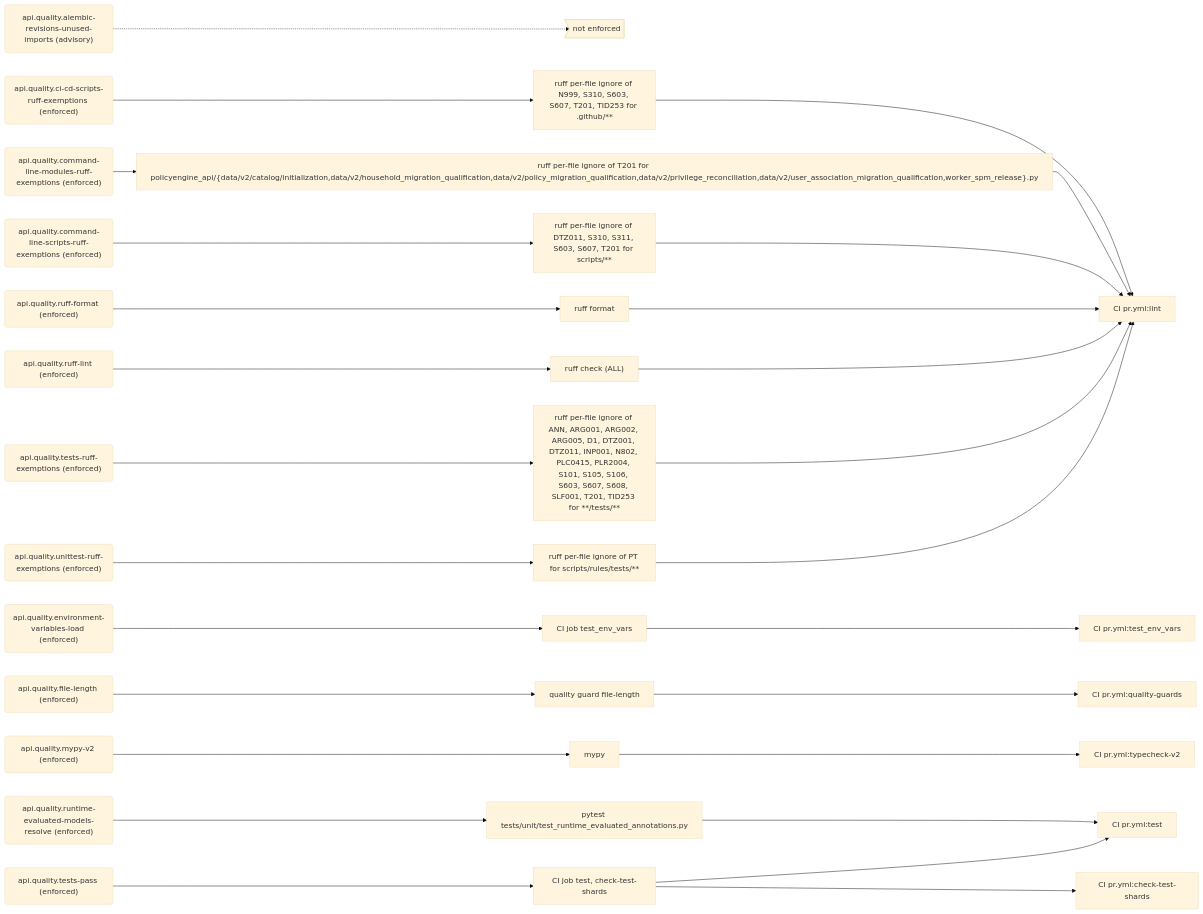
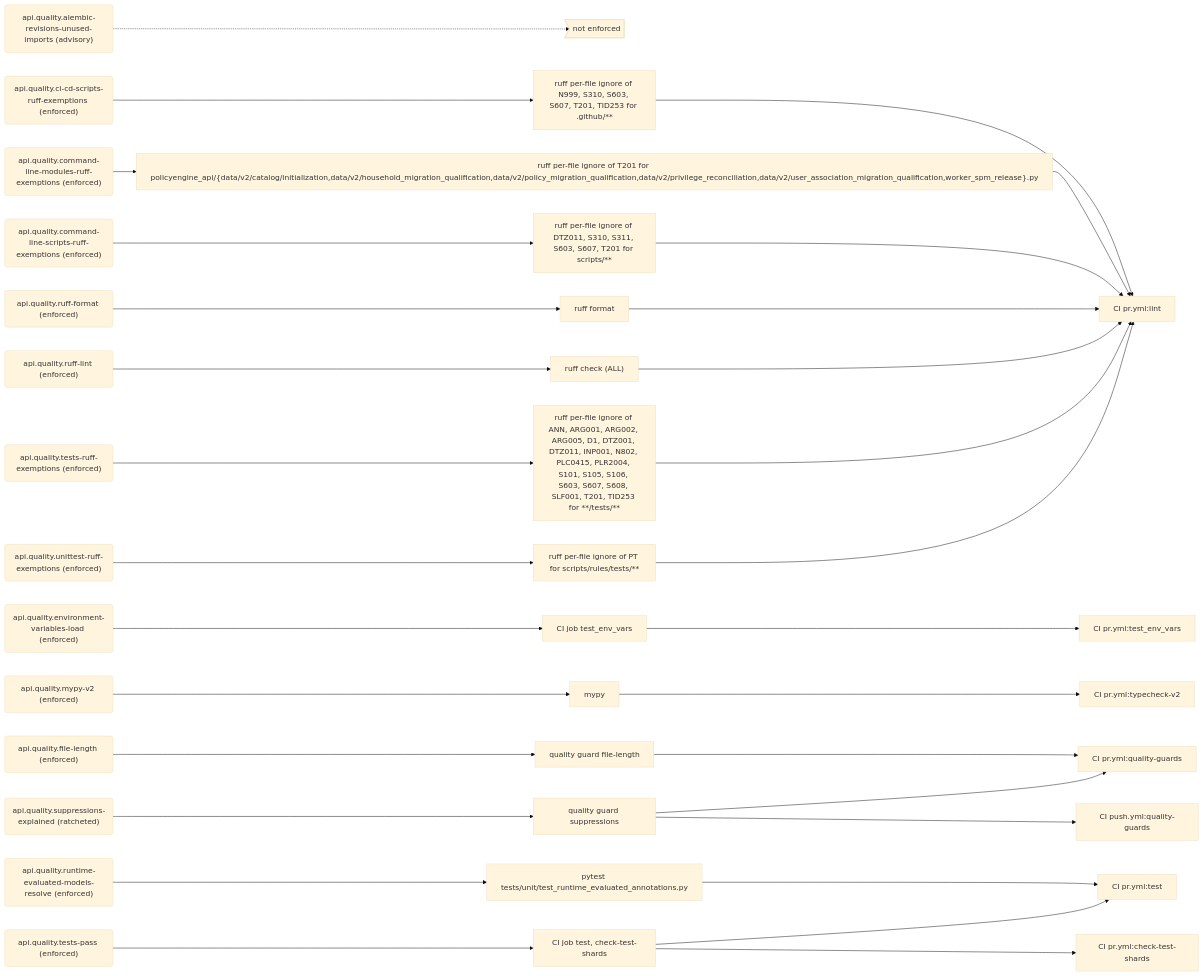
Before and after one commit to PolicyEngine/policyengine-api: the seventh of 11 diagrams in docs/generated/rules.md, drawn with Mermaid (base theme). The commit also changed other lines of this file and 7 other files, not shown here.

````diff
--- a/docs/generated/rules.md
+++ b/docs/generated/rules.md
@@ -373,61 +375,67 @@
 ```mermaid
 flowchart LR
   r_api_quality_alembic_revisions_unused_imports("api.quality.alembic-revisions-unused-imports (advisory)")
   gap_unenforced>"not enforced"]
   r_api_quality_ci_cd_scripts_ruff_exemptions("api.quality.ci-cd-scripts-ruff-exemptions (enforced)")
   e_ruff_per_file_ignore_of_N999__S310__S603__S607__T201__TID253_for__github___["ruff per-file ignore of N999, S310, S603, S607, T201, TID253 for .github/**"]
   j_CI_pr_yml_lint["CI pr.yml:lint"]
   r_api_quality_command_line_modules_ruff_exemptions("api.quality.command-line-modules-ruff-exemptions (enforced)")
   e_ruff_per_file_ignore_of_T201_for_policyengine_api__data_v2_catalog_initialization_data_v2_household_migration_qualification_data_v2_policy_migration_qualification_data_v2_privilege_reconciliation_data_v2_user_association_migration_qualification_worker_spm_release__py["ruff per-file ignore of T201 for policyengine_api/{data/v2/catalog/initialization,data/v2/household_migration_qualification,data/v2/policy_migration_qualification,data/v2/privilege_reconciliation,data/v2/user_association_migration_qualification,worker_spm_release}.py"]
   r_api_quality_command_line_scripts_ruff_exemptions("api.quality.command-line-scripts-ruff-exemptions (enforced)")
   e_ruff_per_file_ignore_of_DTZ011__S310__S311__S603__S607__T201_for_scripts___["ruff per-file ignore of DTZ011, S310, S311, S603, S607, T201 for scripts/**"]
   r_api_quality_environment_variables_load("api.quality.environment-variables-load (enforced)")
   e_CI_job_test_env_vars["CI job test_env_vars"]
   j_CI_pr_yml_test_env_vars["CI pr.yml:test_env_vars"]
   r_api_quality_file_length("api.quality.file-length (enforced)")
   e_quality_guard_file_length["quality guard file-length"]
   j_CI_pr_yml_quality_guards["CI pr.yml:quality-guards"]
   r_api_quality_mypy_v2("api.quality.mypy-v2 (enforced)")
   e_mypy["mypy"]
   j_CI_pr_yml_typecheck_v2["CI pr.yml:typecheck-v2"]
   r_api_quality_ruff_format("api.quality.ruff-format (enforced)")
   e_ruff_format["ruff format"]
   r_api_quality_ruff_lint("api.quality.ruff-lint (enforced)")
   e_ruff_check__ALL_["ruff check (ALL)"]
   r_api_quality_runtime_evaluated_models_resolve("api.quality.runtime-evaluated-models-resolve (enforced)")
   e_pytest_tests_unit_test_runtime_evaluated_annotations_py["pytest tests/unit/test_runtime_evaluated_annotations.py"]
   j_CI_pr_yml_test["CI pr.yml:test"]
+  r_api_quality_suppressions_explained("api.quality.suppressions-explained (ratcheted)")
+  e_quality_guard_suppressions["quality guard suppressions"]
+  j_CI_push_yml_quality_guards["CI push.yml:quality-guards"]
   r_api_quality_tests_pass("api.quality.tests-pass (enforced)")
   e_CI_job_test__check_test_shards["CI job test, check-test-shards"]
   j_CI_pr_yml_check_test_shards["CI pr.yml:check-test-shards"]
   r_api_quality_tests_ruff_exemptions("api.quality.tests-ruff-exemptions (enforced)")
   e_ruff_per_file_ignore_of_ANN__ARG001__ARG002__ARG005__D1__DTZ001__DTZ011__INP001__N802__PLC0415__PLR2004__S101__S105__S106__S603__S607__S608__SLF001__T201__TID253_for____tests___["ruff per-file ignore of ANN, ARG001, ARG002, ARG005, D1, DTZ001, DTZ011, INP001, N802, PLC0415, PLR2004, S101, S105, S106, S603, S607, S608, SLF001, T201, TID253 for **/tests/**"]
   r_api_quality_unittest_ruff_exemptions("api.quality.unittest-ruff-exemptions (enforced)")
   e_ruff_per_file_ignore_of_PT_for_scripts_rules_tests___["ruff per-file ignore of PT for scripts/rules/tests/**"]
   r_api_quality_alembic_revisions_unused_imports -.-> gap_unenforced
   r_api_quality_ci_cd_scripts_ruff_exemptions --> e_ruff_per_file_ignore_of_N999__S310__S603__S607__T201__TID253_for__github___
   e_ruff_per_file_ignore_of_N999__S310__S603__S607__T201__TID253_for__github___ --> j_CI_pr_yml_lint
   r_api_quality_command_line_modules_ruff_exemptions --> e_ruff_per_file_ignore_of_T201_for_policyengine_api__data_v2_catalog_initialization_data_v2_household_migration_qualification_data_v2_policy_migration_qualification_data_v2_privilege_reconciliation_data_v2_user_association_migration_qualification_worker_spm_release__py
   e_ruff_per_file_ignore_of_T201_for_policyengine_api__data_v2_catalog_initialization_data_v2_household_migration_qualification_data_v2_policy_migration_qualification_data_v2_privilege_reconciliation_data_v2_user_association_migration_qualification_worker_spm_release__py --> j_CI_pr_yml_lint
   r_api_quality_command_line_scripts_ruff_exemptions --> e_ruff_per_file_ignore_of_DTZ011__S310__S311__S603__S607__T201_for_scripts___
   e_ruff_per_file_ignore_of_DTZ011__S310__S311__S603__S607__T201_for_scripts___ --> j_CI_pr_yml_lint
   r_api_quality_environment_variables_load --> e_CI_job_test_env_vars
   e_CI_job_test_env_vars --> j_CI_pr_yml_test_env_vars
   r_api_quality_file_length --> e_quality_guard_file_length
   e_quality_guard_file_length --> j_CI_pr_yml_quality_guards
   r_api_quality_mypy_v2 --> e_mypy
   e_mypy --> j_CI_pr_yml_typecheck_v2
   r_api_quality_ruff_format --> e_ruff_format
   e_ruff_format --> j_CI_pr_yml_lint
   r_api_quality_ruff_lint --> e_ruff_check__ALL_
   e_ruff_check__ALL_ --> j_CI_pr_yml_lint
   r_api_quality_runtime_evaluated_models_resolve --> e_pytest_tests_unit_test_runtime_evaluated_annotations_py
   e_pytest_tests_unit_test_runtime_evaluated_annotations_py --> j_CI_pr_yml_test
+  r_api_quality_suppressions_explained --> e_quality_guard_suppressions
+  e_quality_guard_suppressions --> j_CI_pr_yml_quality_guards
+  e_quality_guard_suppressions --> j_CI_push_yml_quality_guards
   r_api_quality_tests_pass --> e_CI_job_test__check_test_shards
   e_CI_job_test__check_test_shards --> j_CI_pr_yml_test
   e_CI_job_test__check_test_shards --> j_CI_pr_yml_check_test_shards
   r_api_quality_tests_ruff_exemptions --> e_ruff_per_file_ignore_of_ANN__ARG001__ARG002__ARG005__D1__DTZ001__DTZ011__INP001__N802__PLC0415__PLR2004__S101__S105__S106__S603__S607__S608__SLF001__T201__TID253_for____tests___
   e_ruff_per_file_ignore_of_ANN__ARG001__ARG002__ARG005__D1__DTZ001__DTZ011__INP001__N802__PLC0415__PLR2004__S101__S105__S106__S603__S607__S608__SLF001__T201__TID253_for____tests___ --> j_CI_pr_yml_lint
   r_api_quality_unittest_ruff_exemptions --> e_ruff_per_file_ignore_of_PT_for_scripts_rules_tests___
   e_ruff_per_file_ignore_of_PT_for_scripts_rules_tests___ --> j_CI_pr_yml_lint
 ```
````
